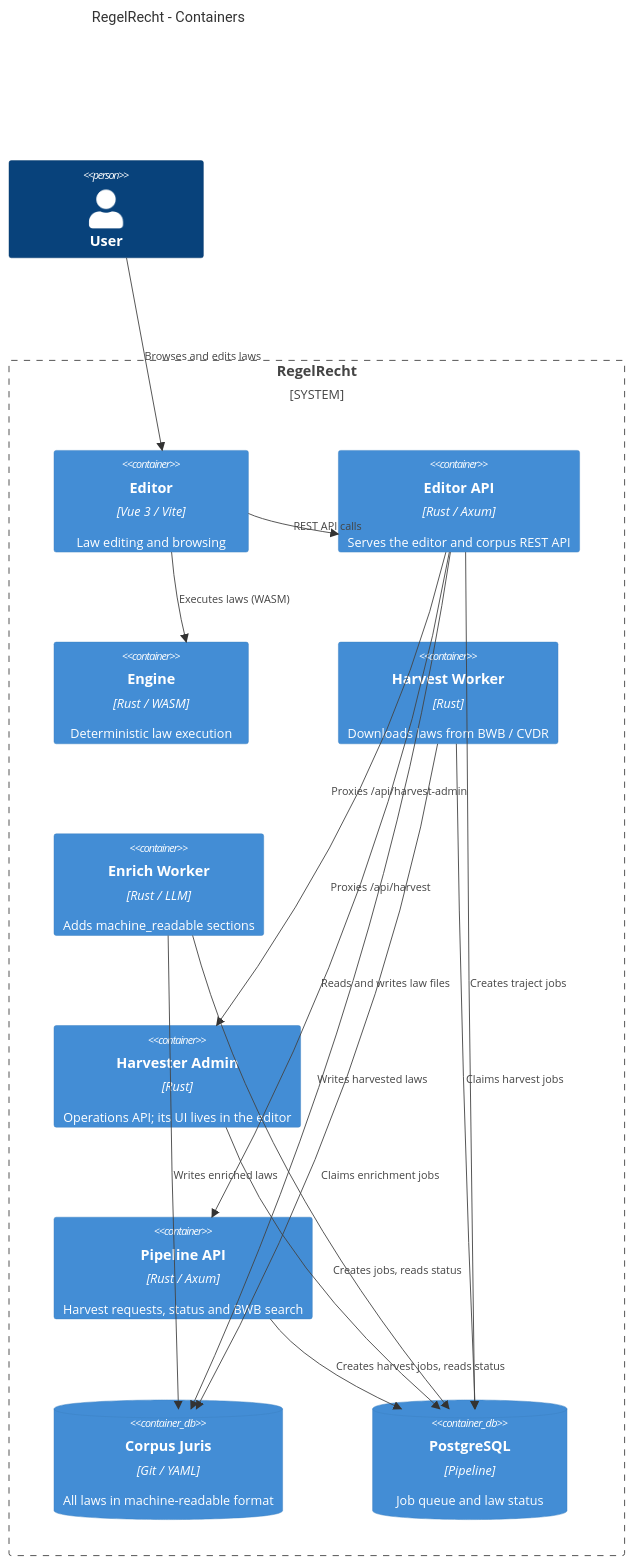
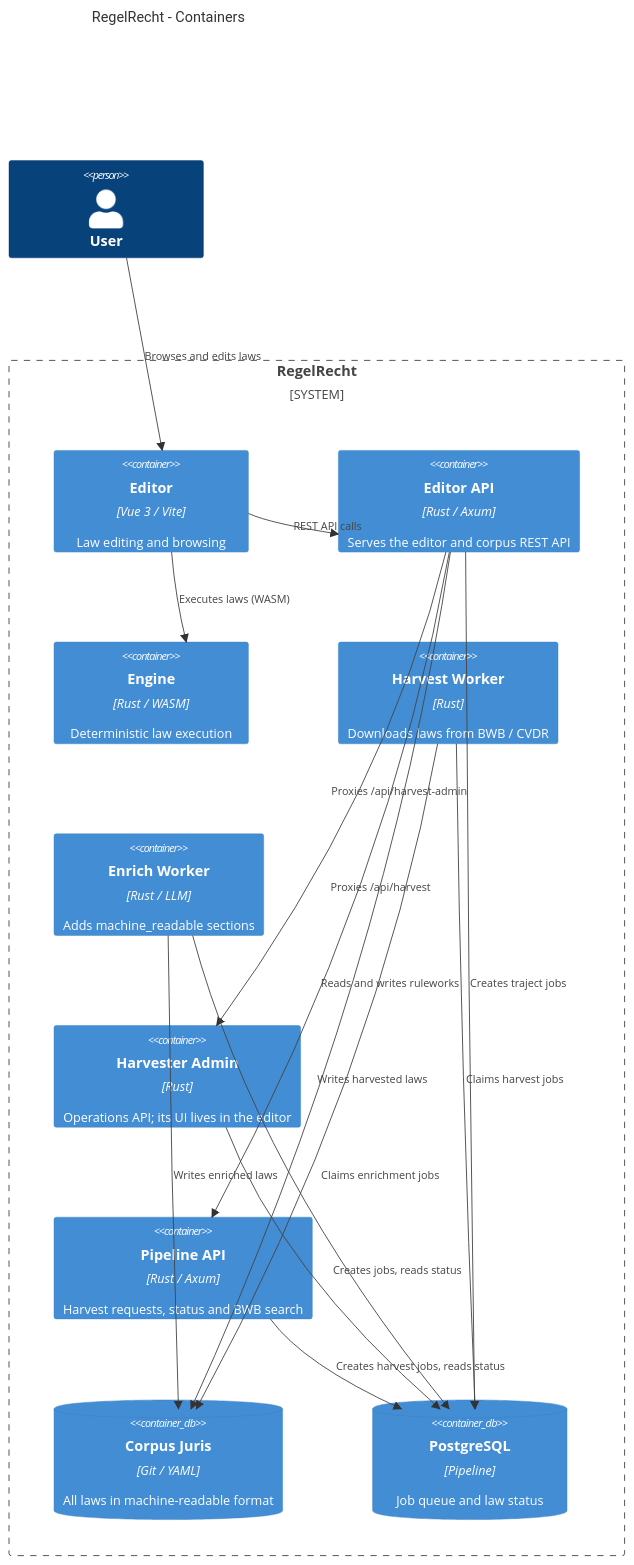
Before and after one commit to MinBZK/regelrecht: the second of 2 diagrams in docs/src/content/docs/guide/architecture.md, drawn with Mermaid. The commit also changed other lines of this file and 57 other files, not shown here.

````diff
--- a/docs/src/content/docs/guide/architecture.md
+++ b/docs/src/content/docs/guide/architecture.md
@@ -29,32 +29,32 @@
 ```mermaid
 C4Container
     title RegelRecht - Containers
 
     Person(user, "User")
 
     System_Boundary(rr, "RegelRecht") {
         Container(editor, "Editor", "Vue 3 / Vite", "Law editing and browsing")
         Container(editorapi, "Editor API", "Rust / Axum", "Serves the editor and corpus REST API")
         Container(engine, "Engine", "Rust / WASM", "Deterministic law execution")
         Container(harvester, "Harvest Worker", "Rust", "Downloads laws from BWB / CVDR")
         Container(enrich, "Enrich Worker", "Rust / LLM", "Adds machine_readable sections")
         Container(admin, "Harvester Admin", "Rust", "Operations API; its UI lives in the editor")
         Container(pipelineapi, "Pipeline API", "Rust / Axum", "Harvest requests, status and BWB search")
         ContainerDb(corpus, "Corpus Juris", "Git / YAML", "All laws in machine-readable format")
         ContainerDb(db, "PostgreSQL", "Pipeline", "Job queue and law status")
     }
 
     Rel(user, editor, "Browses and edits laws")
     Rel(editor, editorapi, "REST API calls")
     Rel(editor, engine, "Executes laws (WASM)")
-    Rel(editorapi, corpus, "Reads and writes law files")
+    Rel(editorapi, corpus, "Reads and writes ruleworks")
     Rel(editorapi, admin, "Proxies /api/harvest-admin")
     Rel(editorapi, pipelineapi, "Proxies /api/harvest")
     Rel(editorapi, db, "Creates traject jobs")
     Rel(admin, db, "Creates jobs, reads status")
     Rel(pipelineapi, db, "Creates harvest jobs, reads status")
     Rel(harvester, db, "Claims harvest jobs")
     Rel(enrich, db, "Claims enrichment jobs")
     Rel(harvester, corpus, "Writes harvested laws")
     Rel(enrich, corpus, "Writes enriched laws")
 ```
````
